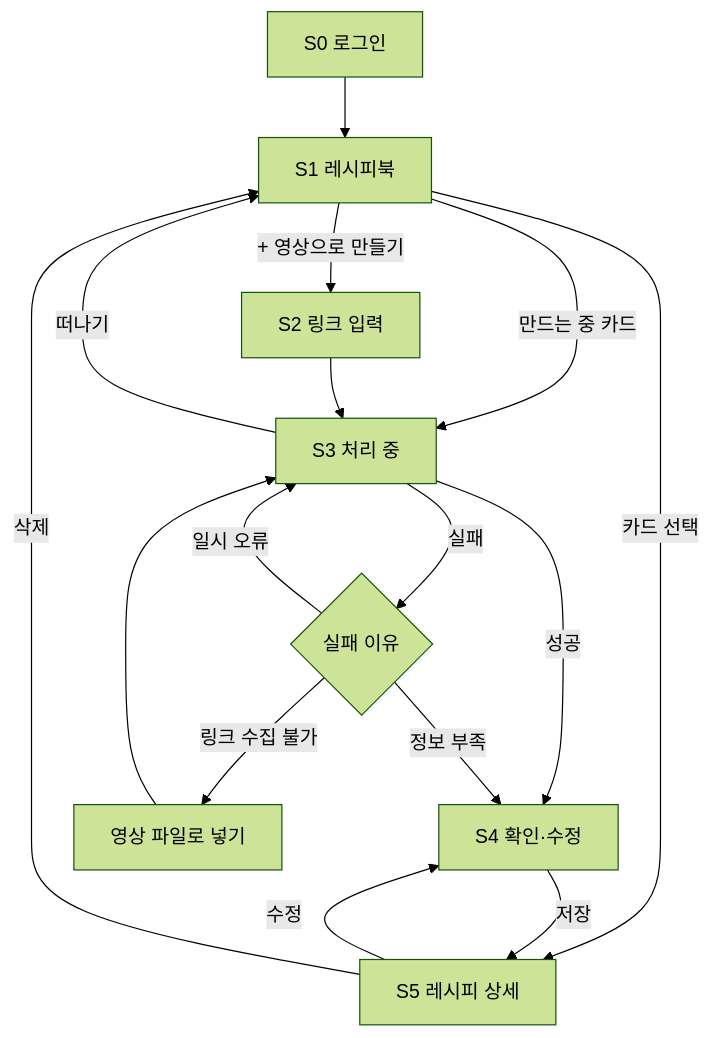
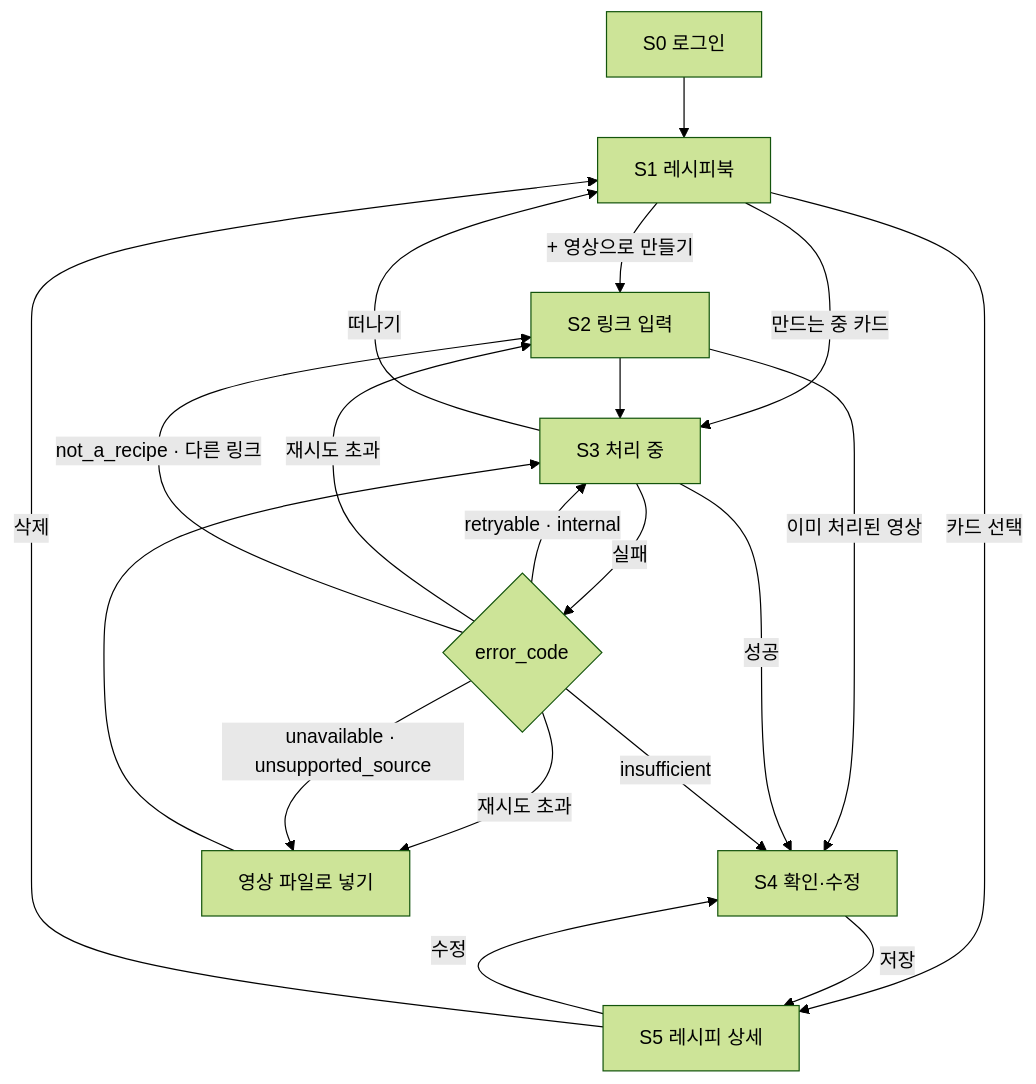
One commit to pbl-applied-ai/applied-ai changed the diagram in docs/ux-flow.md. Above: the diagram before and after it, drawn with Mermaid (forest theme). The commit also changed other lines of this file, not shown here.

````diff
--- a/docs/ux-flow.md
+++ b/docs/ux-flow.md
@@ -33,18 +34,22 @@
 ```mermaid
 flowchart TD
   Login[S0 로그인] --> Book[S1 레시피북]
   Book -->|+ 영상으로 만들기| Input[S2 링크 입력]
   Book -->|카드 선택| Detail[S5 레시피 상세]
   Book -->|만드는 중 카드| Proc
+  Input -->|이미 처리된 영상| Review
   Input --> Proc[S3 처리 중]
   Proc -->|떠나기| Book
   Proc -->|성공| Review[S4 확인·수정]
-  Proc -->|실패| Fail{실패 이유}
-  Fail -->|일시 오류| Proc
-  Fail -->|링크 수집 불가| Upload[영상 파일로 넣기]
+  Proc -->|실패| Fail{error_code}
+  Fail -->|retryable · internal| Proc
+  Fail -->|재시도 초과| Upload
+  Fail -->|재시도 초과| Input
+  Fail -->|unavailable · unsupported_source| Upload[영상 파일로 넣기]
   Upload --> Proc
-  Fail -->|정보 부족| Review
+  Fail -->|not_a_recipe · 다른 링크| Input
+  Fail -->|insufficient| Review
   Review -->|저장| Detail
   Detail -->|수정| Review
   Detail -->|삭제| Book
 ```
````
